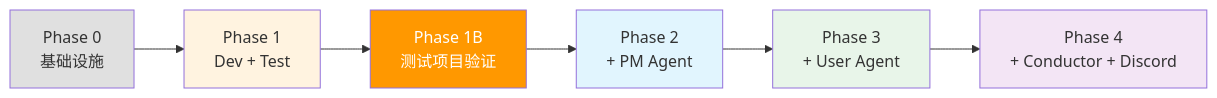
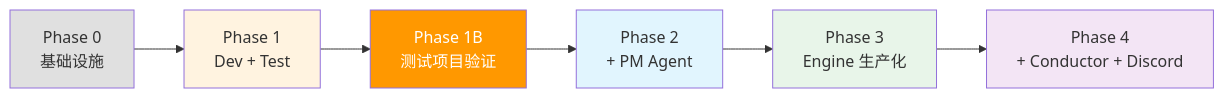
Before and after one commit to nanajiang96300/AgentForge: the fifth of 8 diagrams in MultiAgent-框架任务书.md, drawn with Mermaid. The commit also changed other lines of this file, not shown here.

Commit message:
docs: Phase 3 方向调整 — User Agent → Engine 生产化

````diff
--- a/MultiAgent-框架任务书.md
+++ b/MultiAgent-框架任务书.md
@@ -625,15 +625,15 @@
 ```mermaid
 graph LR
     P0["Phase 0<br/>基础设施"] --> P1["Phase 1<br/>Dev + Test"]
     P1 --> P1B["Phase 1B<br/>测试项目验证"]
     P1B --> P2["Phase 2<br/>+ PM Agent"]
-    P2 --> P3["Phase 3<br/>+ User Agent"]
+    P2 --> P3["Phase 3<br/>Engine 生产化"]
     P3 --> P4["Phase 4<br/>+ Conductor + Discord"]
 
     style P0 fill:#e0e0e0
     style P1 fill:#fff3e0
     style P1B fill:#ff9800,color:#fff
     style P2 fill:#e1f5fe
     style P3 fill:#e8f5e9
     style P4 fill:#f3e5f5
 ```
````
